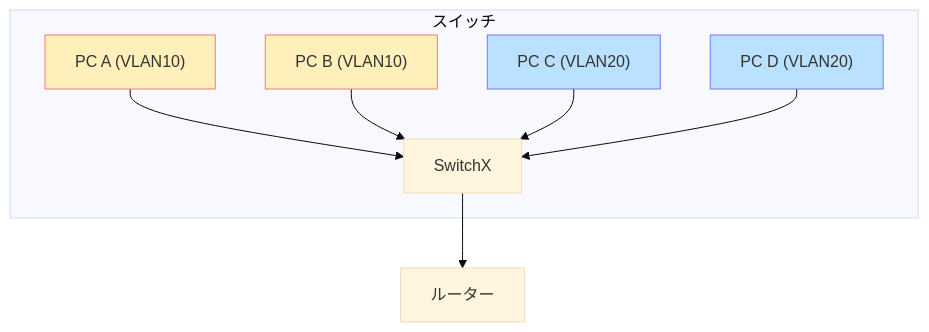
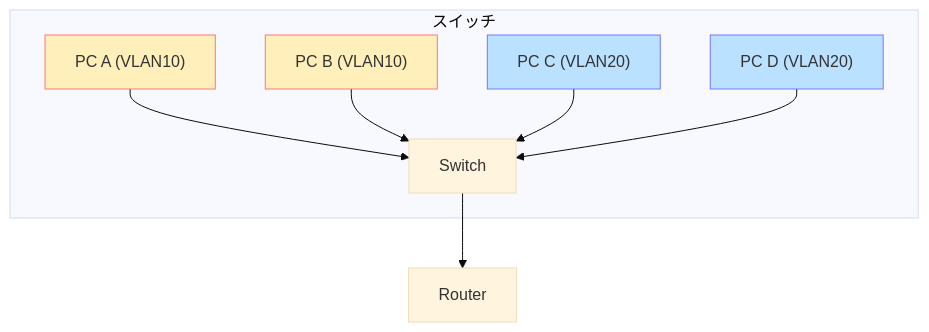
One commit to uecken/docs changed diagram 11 of 15 in 新人エンジニアが学ぶ無線とIPネットワーク/readme.md. Above: the diagram before and after it, drawn with Mermaid (base theme). The commit also changed 2 other files, not shown here.

````diff
--- a/新人エンジニアが学ぶ無線とIPネットワーク/readme.md
+++ b/新人エンジニアが学ぶ無線とIPネットワーク/readme.md
@@ -161,12 +161,12 @@
 ```mermaid
 flowchart TB
     subgraph "スイッチ"
-      PC_A["PC A (VLAN10)"]:::vlan10 --> SwitchX
-      PC_B["PC B (VLAN10)"]:::vlan10 --> SwitchX
-      PC_C["PC C (VLAN20)"]:::vlan20 --> SwitchX
-      PC_D["PC D (VLAN20)"]:::vlan20 --> SwitchX
+      PC_A["PC A (VLAN10)"]:::vlan10 --> Switch
+      PC_B["PC B (VLAN10)"]:::vlan10 --> Switch
+      PC_C["PC C (VLAN20)"]:::vlan20 --> Switch
+      PC_D["PC D (VLAN20)"]:::vlan20 --> Switch
     end
-    SwitchX --> RouterX["ルーター"]
+    Switch --> RouterX["Router"]
     classDef vlan10 fill:#ffefba,stroke:#f77,stroke-width:1px;
     classDef vlan20 fill:#bae1ff,stroke:#77f,stroke-width:1px;
 ```
````
